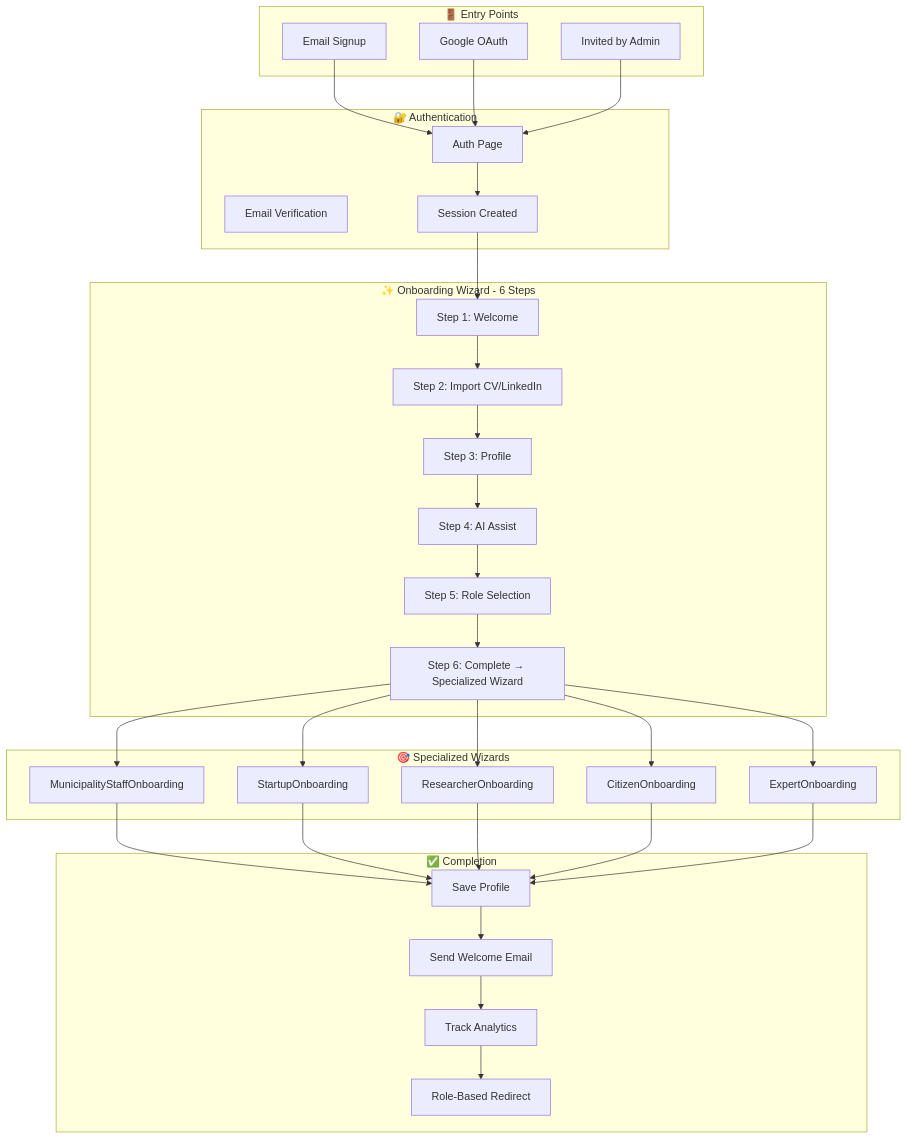
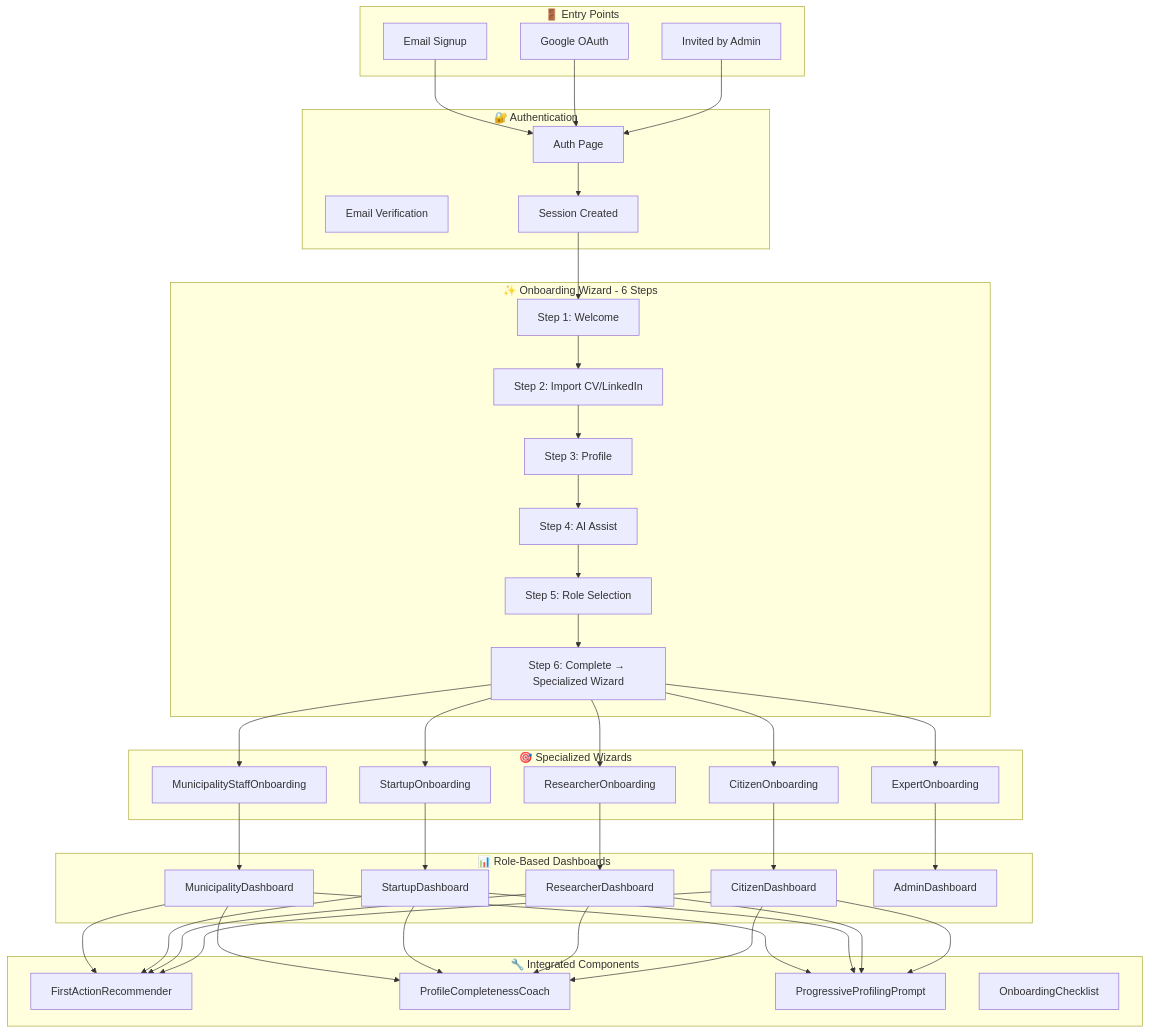
The diagram in docs/ONBOARDING_FLOW_TRACKING.md (Qahtani1979/innovate-saudi), drawn with Mermaid before and after one commit. The commit also changed other lines of this file and 2 other files, not shown here.

````diff
--- a/docs/ONBOARDING_FLOW_TRACKING.md
+++ b/docs/ONBOARDING_FLOW_TRACKING.md
@@ -16,43 +19,56 @@
 ```mermaid
 flowchart TB
     subgraph ENTRY["🚪 Entry Points"]
         E1[Email Signup]
         E2[Google OAuth]
         E3[Invited by Admin]
     end
 
     subgraph AUTH["🔐 Authentication"]
         A1[Auth Page]
         A2[Email Verification]
         A3[Session Created]
     end
 
     subgraph ONBOARDING["✨ Onboarding Wizard - 6 Steps"]
         OW1[Step 1: Welcome]
         OW2[Step 2: Import CV/LinkedIn]
         OW3[Step 3: Profile]
         OW4[Step 4: AI Assist]
         OW5[Step 5: Role Selection]
         OW6[Step 6: Complete → Specialized Wizard]
     end
 
     subgraph SPECIALIZED["🎯 Specialized Wizards"]
         SW1[MunicipalityStaffOnboarding]
         SW2[StartupOnboarding]
         SW3[ResearcherOnboarding]
         SW4[CitizenOnboarding]
         SW5[ExpertOnboarding]
     end
 
-    subgraph COMPLETION["✅ Completion"]
-        C1[Save Profile]
-        C2[Send Welcome Email]
-        C3[Track Analytics]
-        C4[Role-Based Redirect]
+    subgraph DASHBOARDS["📊 Role-Based Dashboards"]
+        D1[MunicipalityDashboard]
+        D2[StartupDashboard]
+        D3[ResearcherDashboard]
+        D4[CitizenDashboard]
+        D5[AdminDashboard]
+    end
+
+    subgraph INTEGRATED_COMPONENTS["🔧 Integrated Components"]
+        IC1[FirstActionRecommender]
+        IC2[ProfileCompletenessCoach]
+        IC3[ProgressiveProfilingPrompt]
+        IC4[OnboardingChecklist]
     end
 
     E1 & E2 & E3 --> A1 --> A3 --> OW1
     OW1 --> OW2 --> OW3 --> OW4 --> OW5 --> OW6
     OW6 --> SW1 & SW2 & SW3 & SW4 & SW5
-    SW1 & SW2 & SW3 & SW4 & SW5 --> C1 --> C2 --> C3 --> C4
+    SW1 --> D1
+    SW2 --> D2
+    SW3 --> D3
+    SW4 --> D4
+    SW5 --> D5
+    D1 & D2 & D3 & D4 --> IC1 & IC2 & IC3
 ```
````
